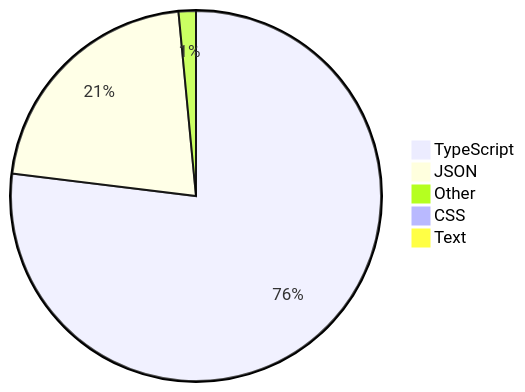
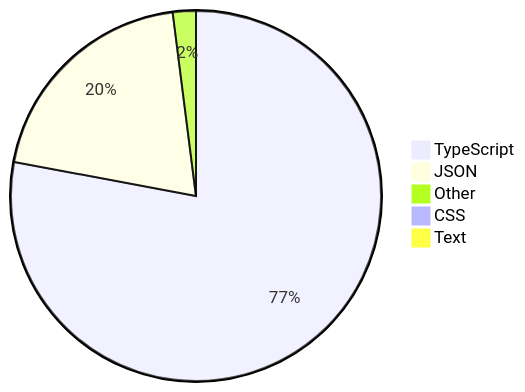
Before and after one commit to skvggor/skvggor: the diagram in README.md, drawn with Mermaid.

Commit message:
Updated waka-readme graph with new metrics

````diff
--- a/README.md
+++ b/README.md
@@ -28,8 +28,8 @@
 ```mermaid
 pie
-    "TypeScript" : 76.4
-    "JSON" : 21.4
-    "Other" : 1.5
+    "TypeScript" : 77.4
+    "JSON" : 19.9
+    "Other" : 2.0
     "CSS" : 0.4
     "Text" : 0.3
 ```
````
